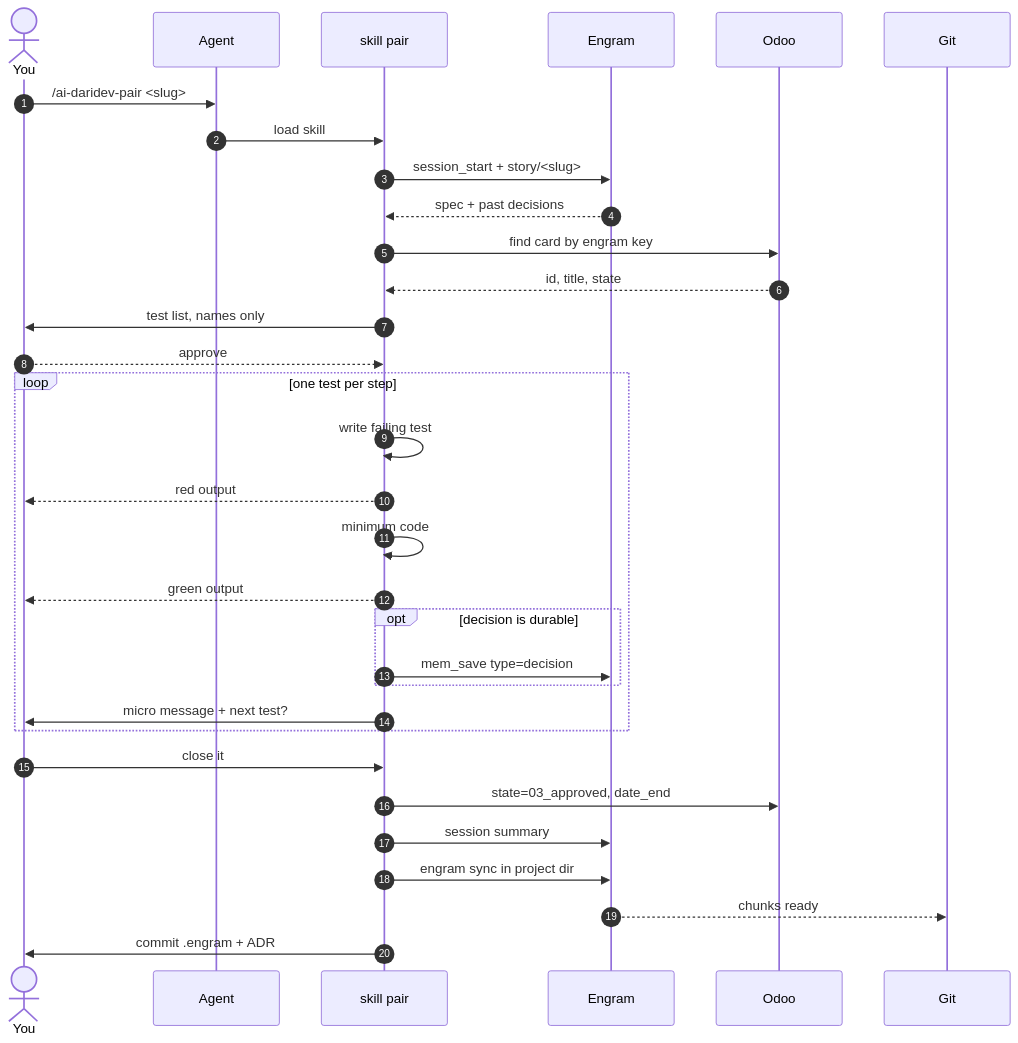
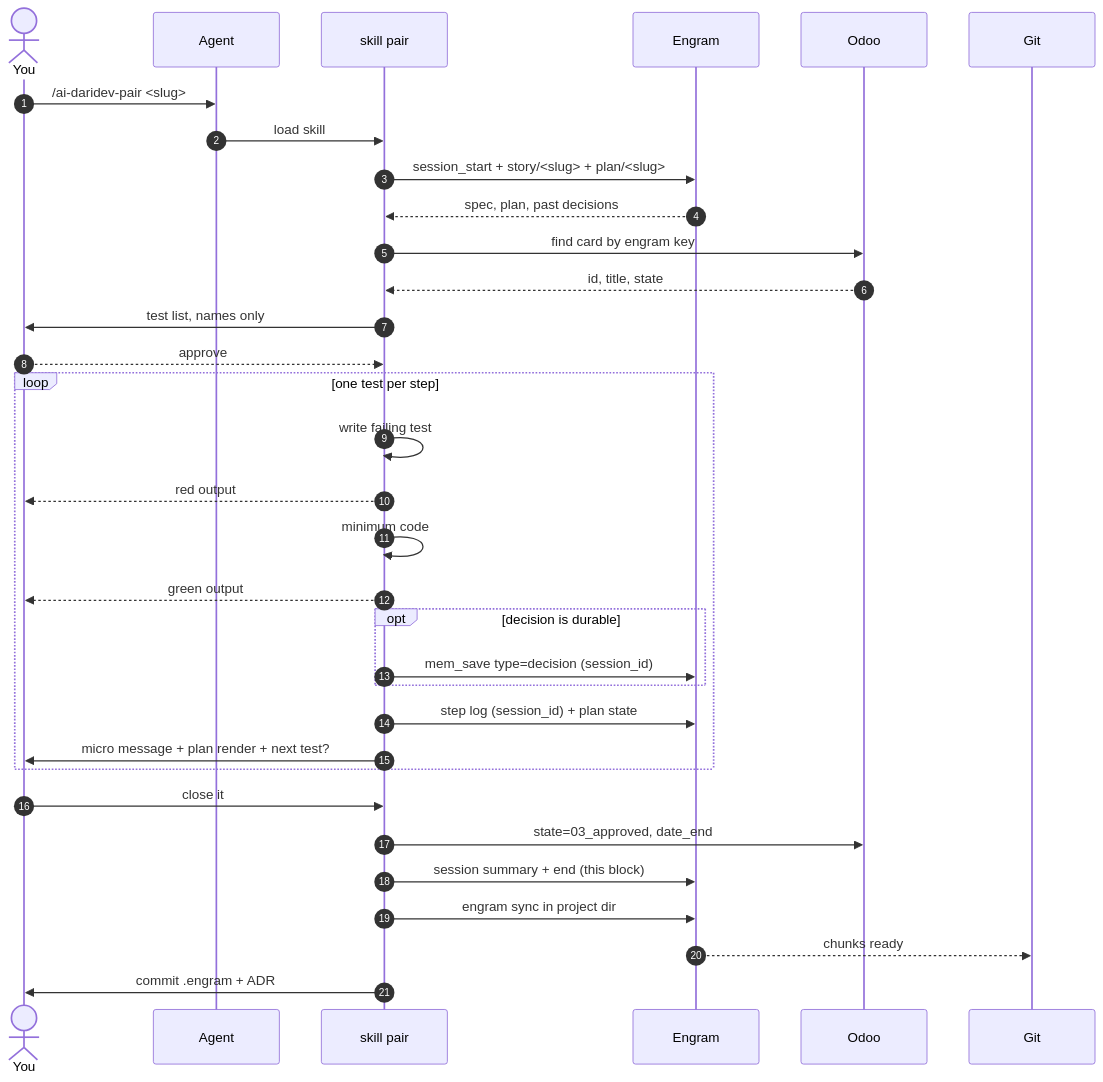
Before and after one commit to darideveloper/ai-daridev: the first of 2 diagrams in docs/workflow.md, drawn with Mermaid. The commit also changed other lines of this file and 23 other files, not shown here.

````diff
--- a/docs/workflow.md
+++ b/docs/workflow.md
@@ -43,35 +47,36 @@
 ```mermaid
 sequenceDiagram
     autonumber
     actor You
     participant A as Agent
     participant S as skill pair
     participant E as Engram
     participant O as Odoo
     participant G as Git
 
     You->>A: /ai-daridev-pair <slug>
     A->>S: load skill
-    S->>E: session_start + story/<slug>
-    E-->>S: spec + past decisions
+    S->>E: session_start + story/<slug> + plan/<slug>
+    E-->>S: spec, plan, past decisions
     S->>O: find card by engram key
     O-->>S: id, title, state
     S->>You: test list, names only
     You-->>S: approve
     loop one test per step
         S->>S: write failing test
         S-->>You: red output
         S->>S: minimum code
         S-->>You: green output
         opt decision is durable
-            S->>E: mem_save type=decision
+            S->>E: mem_save type=decision (session_id)
         end
-        S->>You: micro message + next test?
+        S->>E: step log (session_id) + plan state
+        S->>You: micro message + plan render + next test?
     end
     You->>S: close it
     S->>O: state=03_approved, date_end
-    S->>E: session summary
+    S->>E: session summary + end (this block)
     S->>E: engram sync in project dir
     E-->>G: chunks ready
     S->>You: commit .engram + ADR
 ```
````
